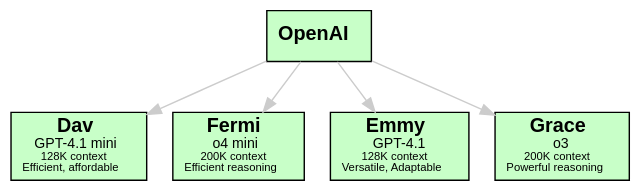
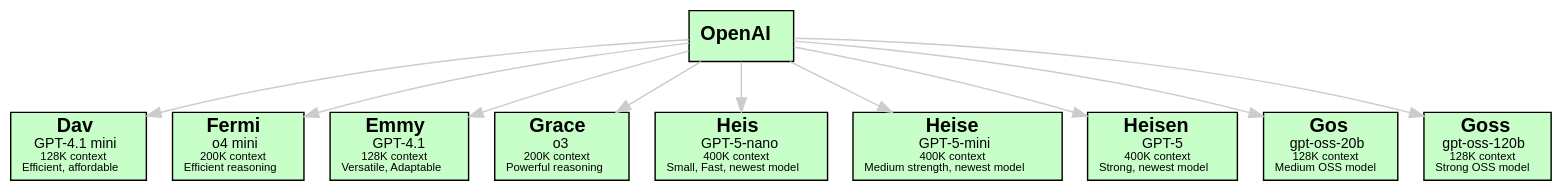
One commit to sswam/allemande changed the fifth of 13 diagrams in doc/guide.md. Above: the diagram before and after it, drawn with Graphviz. The commit also changed other lines of this file and 6 other files, not shown here.

First line of the commit message:
feat(llm): add GPT-5 and GPT-OSS models

````diff
--- a/doc/guide.md
+++ b/doc/guide.md
@@ -444,18 +444,28 @@
 ```dot
 digraph OpenAI {
     graph [bgcolor=transparent]
     edge [color="#CCCCCC"]
     node [shape=box, style=filled, fillcolor="#C8FFC8", fontname="Helvetica"]
 
     "OpenAI" [label=<<b>OpenAI</b>>]
     "Dav" [label=<<b>Dav</b><br/><font point-size="10">GPT-4.1 mini</font><br/><font point-size="8">128K context</font><br/><font point-size="8">Efficient, affordable</font>>]
     "Fermi" [label=<<b>Fermi</b><br/><font point-size="10">o4 mini</font><br/><font point-size="8">200K context</font><br/><font point-size="8">Efficient reasoning</font>>]
     "Emmy" [label=<<b>Emmy</b><br/><font point-size="10">GPT-4.1</font><br/><font point-size="8">128K context</font><br/><font point-size="8">Versatile, Adaptable</font>>]
     "Grace" [label=<<b>Grace</b><br/><font point-size="10">o3</font><br/><font point-size="8">200K context</font><br/><font point-size="8">Powerful reasoning</font>>]
+    "Heis" [label=<<b>Heis</b><br/><font point-size="10">GPT-5-nano</font><br/><font point-size="8">400K context</font><br/><font point-size="8">Small, Fast, newest model</font>>]
+    "Heise" [label=<<b>Heise</b><br/><font point-size="10">GPT-5-mini</font><br/><font point-size="8">400K context</font><br/><font point-size="8">Medium strength, newest model</font>>]
+    "Heisen" [label=<<b>Heisen</b><br/><font point-size="10">GPT-5</font><br/><font point-size="8">400K context</font><br/><font point-size="8">Strong, newest model</font>>]
+    "Gos" [label=<<b>Gos</b><br/><font point-size="10">gpt-oss-20b</font><br/><font point-size="8">128K context</font><br/><font point-size="8">Medium OSS model</font>>]
+    "Goss" [label=<<b>Goss</b><br/><font point-size="10">gpt-oss-120b</font><br/><font point-size="8">128K context</font><br/><font point-size="8">Strong OSS model</font>>]
 
     "OpenAI" -> "Dav"
     "OpenAI" -> "Fermi"
     "OpenAI" -> "Emmy"
     "OpenAI" -> "Grace"
+    "OpenAI" -> "Heis"
+    "OpenAI" -> "Heise"
+    "OpenAI" -> "Heisen"
+    "OpenAI" -> "Gos"
+    "OpenAI" -> "Goss"
 }
 ```
````
